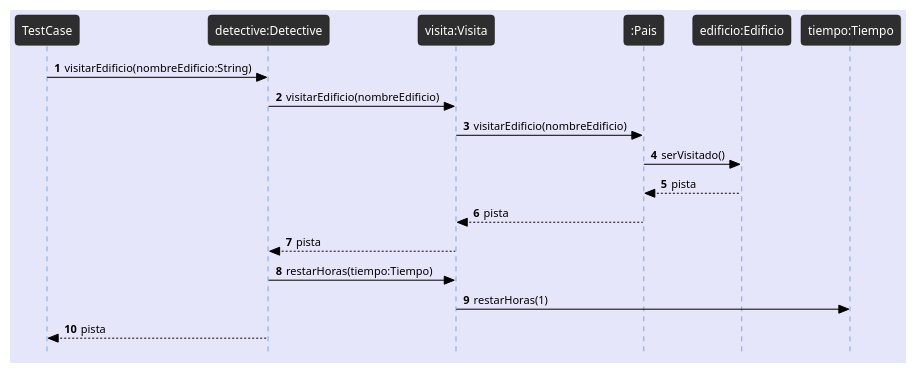
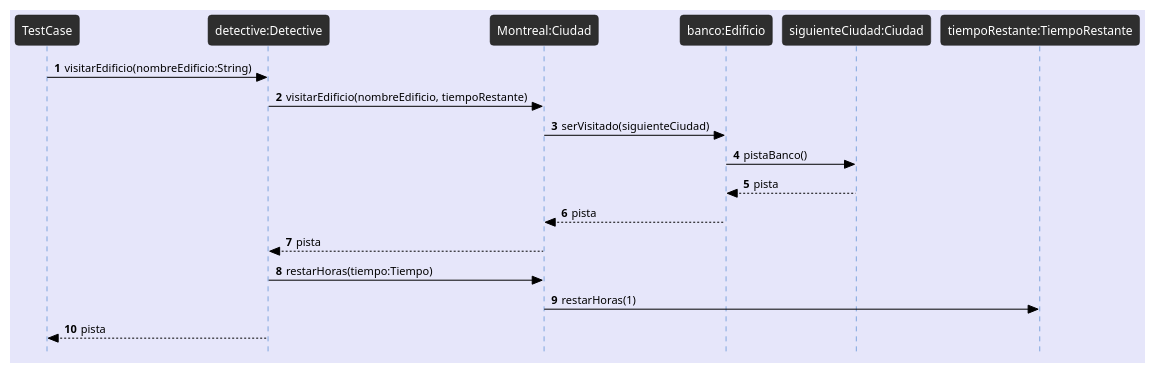
The diagram in docs/Diagramas/Modelo2/Secuencia/detectiveVisitaPorPrimeraVezUnEdificioRecibeElNombre_Modelo2.plantuml (avilagaston9/algo3_tp2), drawn with PlantUML before and after one commit.

Commit message:
actualizado el DS Montreal visita Banco

```diff
--- a/docs/Diagramas/Modelo2/Secuencia/detectiveVisitaPorPrimeraVezUnEdificioRecibeElNombre_Modelo2.plantuml
+++ b/docs/Diagramas/Modelo2/Secuencia/detectiveVisitaPorPrimeraVezUnEdificioRecibeElNombre_Modelo2.plantuml
@@ -1,29 +1,29 @@
 @startuml
 !theme reddress-darkblue
 autonumber
 skinparam style strictuml
 skinparam BackGroundColor lavender
 skinparam RoundCorner 7
 skinparam SequenceGroupFontColor black
 skinparam SequenceGroupBorderColor black
 skinparam SequenceGroupBorderThickness 0.5
 skinparam ArrowFontColor black
 skinparam ArrowColor black
 skinparam ActorFontColor black
 skinparam participantFontSize 12
 skinparam SequenceLifeLineBackGroundColor 2e2e2e
 
 TestCase -> "detective:Detective" as detective : visitarEdificio(nombreEdificio:String)
-detective -> "visita:Visita" as visita: visitarEdificio(nombreEdificio)
-visita -> ":Pais" as pais: visitarEdificio(nombreEdificio)
-pais -> "edificio:Edificio" as edificio: serVisitado()
-pais <-- edificio : pista
-pais --> visita : pista
-visita --> detective : pista
+detective -> "Montreal:Ciudad" as ciudad: visitarEdificio(nombreEdificio, tiempoRestante)
+ciudad -> "banco:Edificio" as edificio: serVisitado(siguienteCiudad)
+edificio -> "siguienteCiudad:Ciudad" as siguiente : pistaBanco() 
+siguiente -->  edificio : pista
+ciudad <-- edificio : pista
+ciudad --> detective : pista
 
-detective -> visita: restarHoras(tiempo:Tiempo)
-visita -> "tiempo:Tiempo" as tiempo : restarHoras(1)
+detective -> ciudad: restarHoras(tiempo:Tiempo)
+ciudad -> "tiempoRestante:TiempoRestante" as tiempo : restarHoras(1)
 
 detective --> TestCase : pista
 
 @enduml
```
